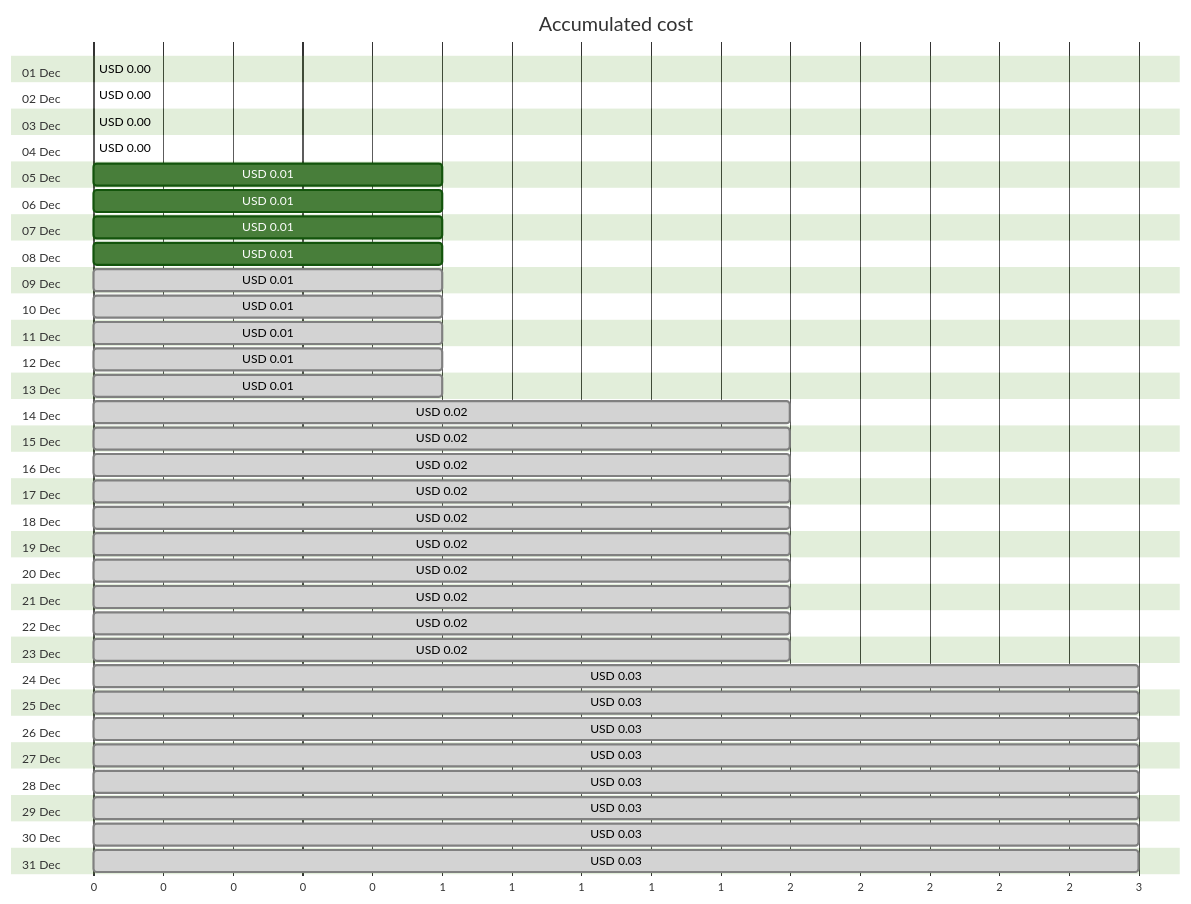
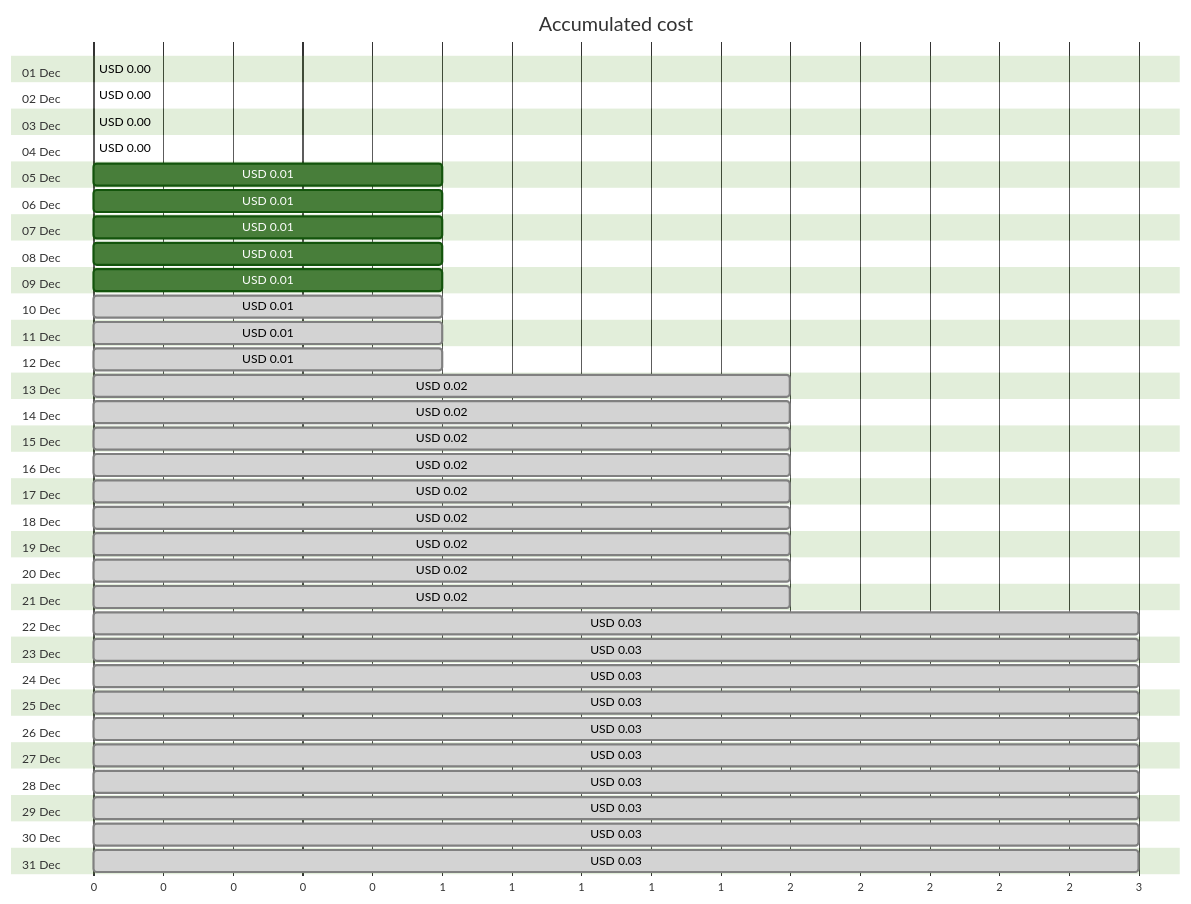
One commit to jpfulton/azure-personal-reports changed the first of 4 diagrams in cost-reports/personal-site/personalsiteapistorage.md. Above: the diagram before and after it, drawn with Mermaid (forest theme). The commit also changed other lines of this file and 6 other files, not shown here.

````diff
--- a/cost-reports/personal-site/personalsiteapistorage.md
+++ b/cost-reports/personal-site/personalsiteapistorage.md
@@ -20,68 +20,68 @@
 ```mermaid
 gantt
    title Accumulated cost
    dateFormat  X
    axisFormat %s
    section 01 Dec
    USD 0.00 :0, 0
    section 02 Dec
    USD 0.00 :0, 0
    section 03 Dec
    USD 0.00 :0, 0
    section 04 Dec
    USD 0.00 :0, 0
    section 05 Dec
    USD 0.01 :0, 1
    section 06 Dec
    USD 0.01 :0, 1
    section 07 Dec
    USD 0.01 :0, 1
    section 08 Dec
    USD 0.01 :0, 1
    section 09 Dec
-   USD 0.01 : done, 0, 1
+   USD 0.01 :0, 1
    section 10 Dec
    USD 0.01 : done, 0, 1
    section 11 Dec
    USD 0.01 : done, 0, 1
    section 12 Dec
    USD 0.01 : done, 0, 1
    section 13 Dec
-   USD 0.01 : done, 0, 1
+   USD 0.02 : done, 0, 2
    section 14 Dec
    USD 0.02 : done, 0, 2
    section 15 Dec
    USD 0.02 : done, 0, 2
    section 16 Dec
    USD 0.02 : done, 0, 2
    section 17 Dec
    USD 0.02 : done, 0, 2
    section 18 Dec
    USD 0.02 : done, 0, 2
    section 19 Dec
    USD 0.02 : done, 0, 2
    section 20 Dec
    USD 0.02 : done, 0, 2
    section 21 Dec
    USD 0.02 : done, 0, 2
    section 22 Dec
-   USD 0.02 : done, 0, 2
+   USD 0.03 : done, 0, 3
    section 23 Dec
-   USD 0.02 : done, 0, 2
+   USD 0.03 : done, 0, 3
    section 24 Dec
    USD 0.03 : done, 0, 3
    section 25 Dec
    USD 0.03 : done, 0, 3
    section 26 Dec
    USD 0.03 : done, 0, 3
    section 27 Dec
    USD 0.03 : done, 0, 3
    section 28 Dec
    USD 0.03 : done, 0, 3
    section 29 Dec
    USD 0.03 : done, 0, 3
    section 30 Dec
    USD 0.03 : done, 0, 3
    section 31 Dec
    USD 0.03 : done, 0, 3
 ```
````
